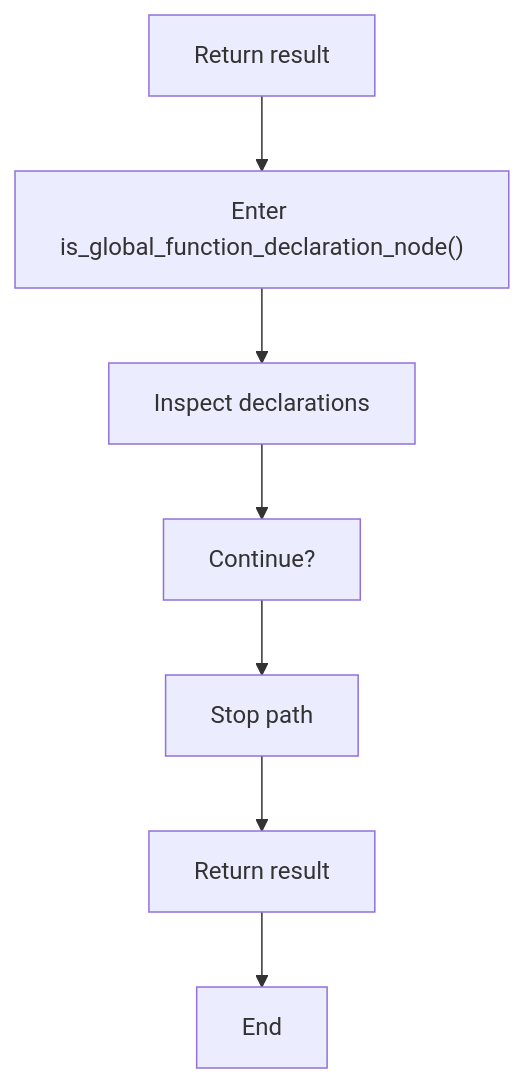
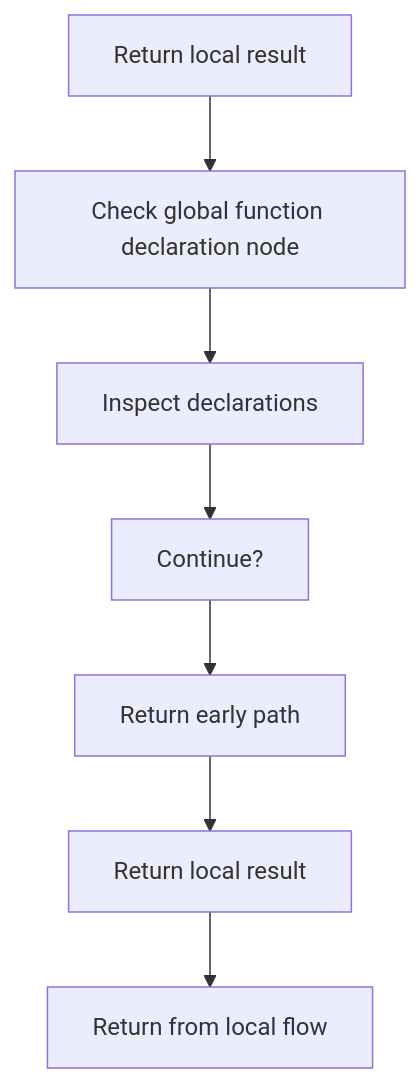
One commit to JohnAndrewBalbarosa/NeoTerritory changed the fifth of 5 diagrams in docs/Codebase/Microservice/Modules/Source/Trees/ClassGeneration/Actual/Internal/Statement/Flow/statement_program_flow.cpp.md. Above: the diagram before and after it, drawn with Mermaid. The commit also changed other lines of this file and 915 other files, not shown here.

````diff
--- a/docs/Codebase/Microservice/Modules/Source/Trees/ClassGeneration/Actual/Internal/Statement/Flow/statement_program_flow.cpp.md
+++ b/docs/Codebase/Microservice/Modules/Source/Trees/ClassGeneration/Actual/Internal/Statement/Flow/statement_program_flow.cpp.md
@@ -119,16 +119,16 @@
 ```mermaid
 flowchart TD
-    N0["Return result"]
-    N1["Enter is_global_function_declaration_node()"]
+    N0["Return local result"]
+    N1["Check global function declaration node"]
     N2["Inspect declarations"]
     N3["Continue?"]
-    N4["Stop path"]
-    N5["Return result"]
-    N6["End"]
+    N4["Return early path"]
+    N5["Return local result"]
+    N6["Return from local flow"]
     N0 --> N1
     N1 --> N2
     N2 --> N3
     N3 --> N4
     N4 --> N5
     N5 --> N6
 ```
````
